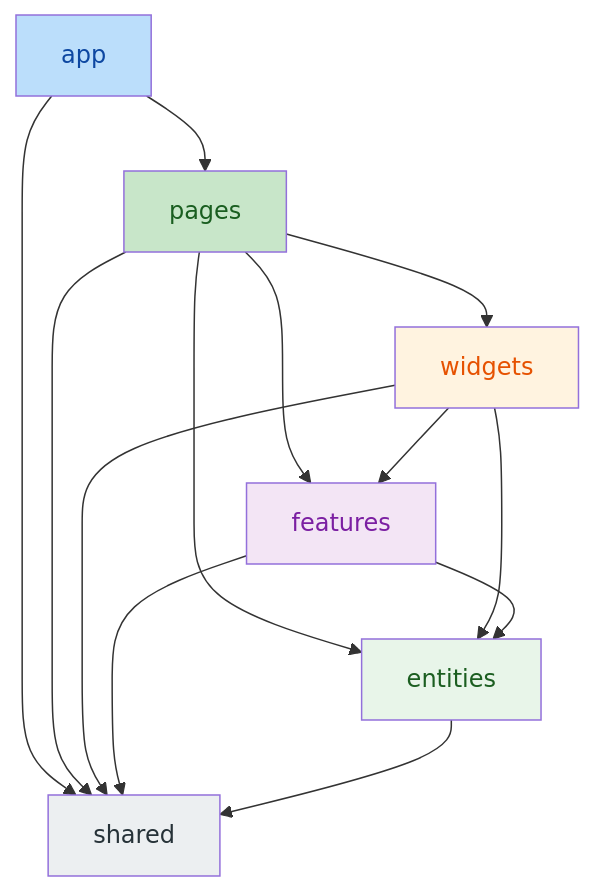
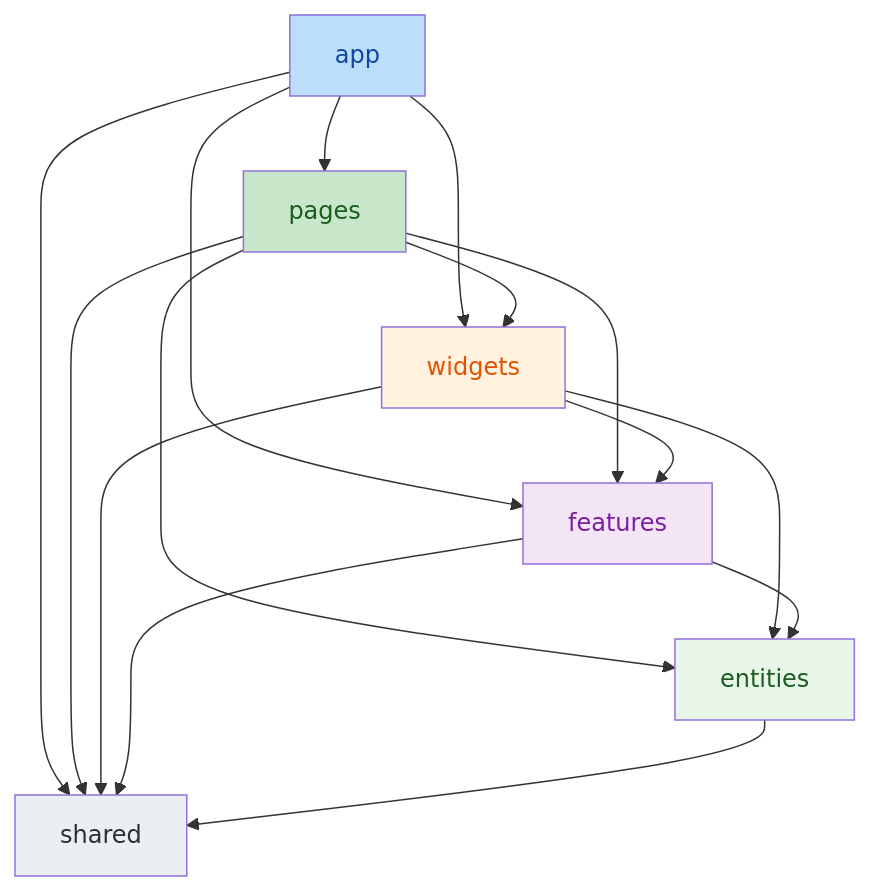
One commit to gonzapersonalsite/portafolio changed the first of 2 diagrams in ARCHITECTURE.md. Above: the diagram before and after it, drawn with Mermaid. The commit also changed other lines of this file and 15 other files, not shown here.

````diff
--- a/ARCHITECTURE.md
+++ b/ARCHITECTURE.md
@@ -38,21 +38,23 @@
 ```mermaid
 flowchart TB
     app[app] --> pages[pages]
+    app --> widgets
+    app --> features
     app --> shared[shared]
     pages --> widgets[widgets]
     pages --> features[features]
     pages --> entities[entities]
     pages --> shared
     widgets --> features
     widgets --> entities
     widgets --> shared
     features --> entities
     features --> shared
     entities --> shared
     style app fill:#bbdefb,color:#0d47a1
     style pages fill:#c8e6c9,color:#1a5e20
     style widgets fill:#fff3e0,color:#e65100
     style features fill:#f3e5f5,color:#7b1fa2
     style entities fill:#e8f5e9,color:#1b5e20
     style shared fill:#eceff1,color:#263238
 ```
````
